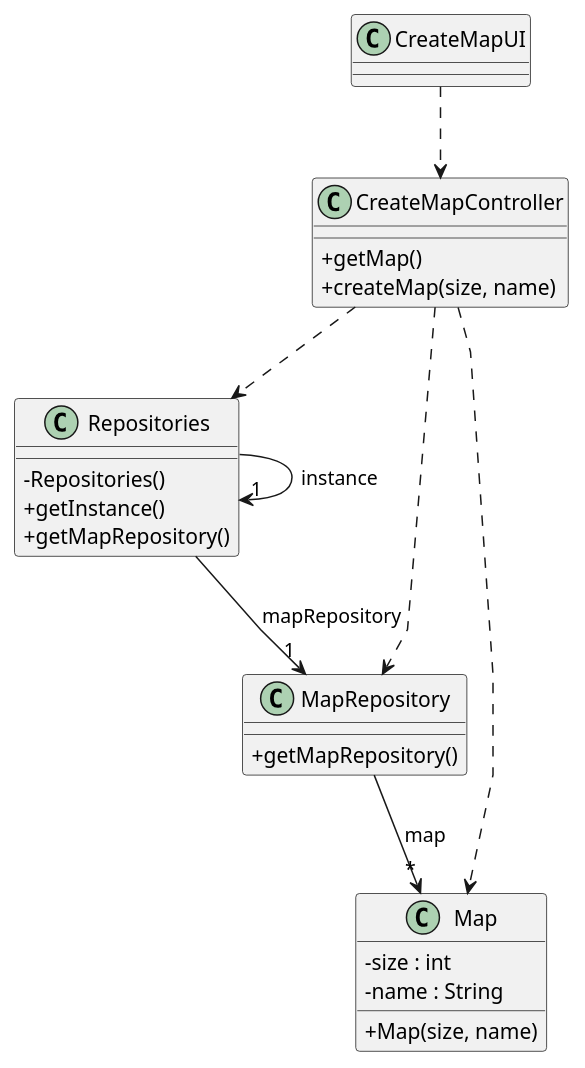
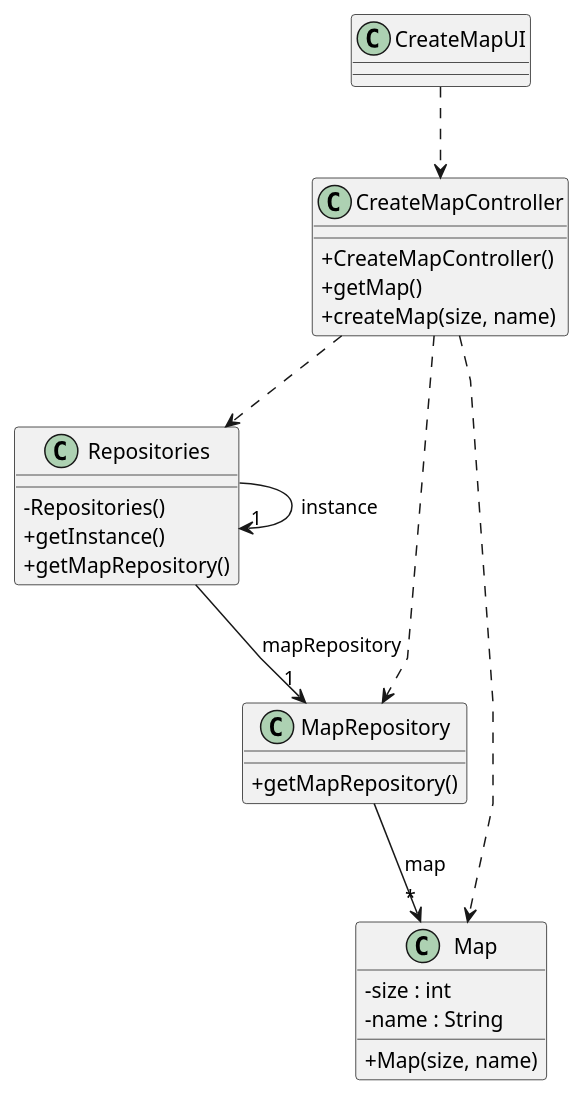
Before and after one commit to 1240935/pi2-railway-simulator: the diagram in Sprint2/US001/03.design/puml/US001-CD.puml, drawn with PlantUML. The commit also changed 12 other files, not shown here.

```diff
--- a/Sprint2/US001/03.design/puml/US001-CD.puml
+++ b/Sprint2/US001/03.design/puml/US001-CD.puml
@@ -1,48 +1,49 @@
 @startuml
 'skinparam monochrome true
 skinparam packageStyle rectangle
 skinparam shadowing false
 skinparam linetype polyline
 'skinparam linetype orto
 
 skinparam classAttributeIconSize 0
 
 'left to right direction
 
 
 class CreateMapUI {
 
 }
 
 class CreateMapController {
+  +CreateMapController()
   +getMap()
   +createMap(size, name)
 }
 
 class MapRepository {
    +getMapRepository()
 }
 
 class Repositories {
     - Repositories()
     + getInstance()
     + getMapRepository()
 }
 
 class Map {
   - size : int
   - name : String
   + Map(size, name)
 
 }
 
 CreateMapUI ..> CreateMapController
 CreateMapController ..> Repositories
 CreateMapController ..> MapRepository
 CreateMapController ..> Map
 MapRepository --> "*" Map : map
 Repositories --> "1" MapRepository : mapRepository
 Repositories -> "1" Repositories : instance
 
 
 @enduml
```
